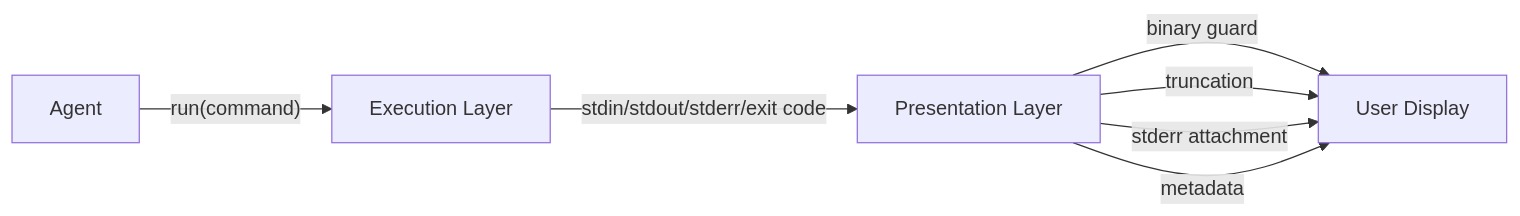
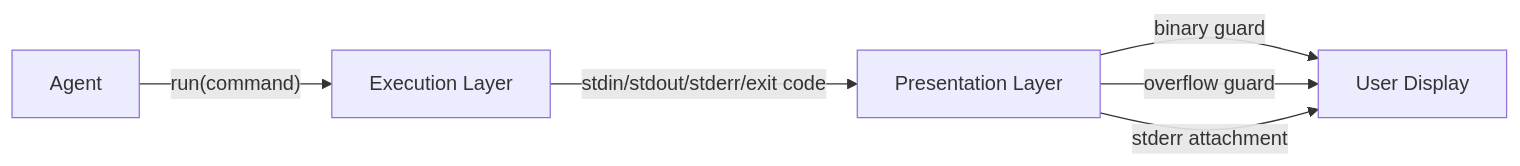
Before and after one commit to agentpatterns-ai/website: the diagram in tool-engineering/unix-cli-native-tool-interface.md, drawn with Mermaid. The commit also changed other lines of this file and 6 other files, not shown here.

````diff
--- a/tool-engineering/unix-cli-native-tool-interface.md
+++ b/tool-engineering/unix-cli-native-tool-interface.md
@@ -52,9 +52,8 @@
 ```mermaid
 graph LR
     A[Agent] -->|"run(command)"| B[Execution Layer]
     B -->|stdin/stdout/stderr/exit code| C[Presentation Layer]
     C -->|binary guard| D[User Display]
-    C -->|truncation| D
+    C -->|overflow guard| D
     C -->|stderr attachment| D
-    C -->|metadata| D
 ```
````
